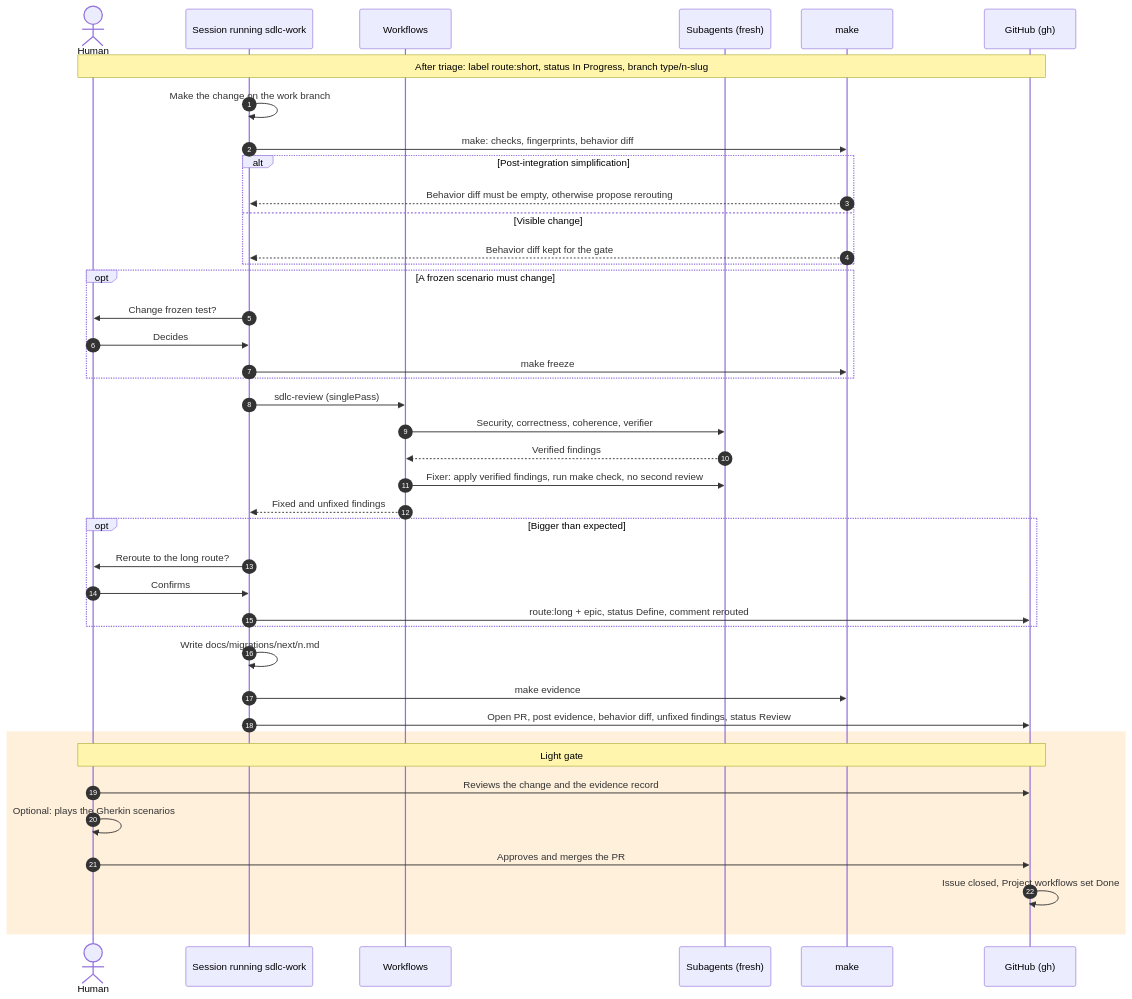
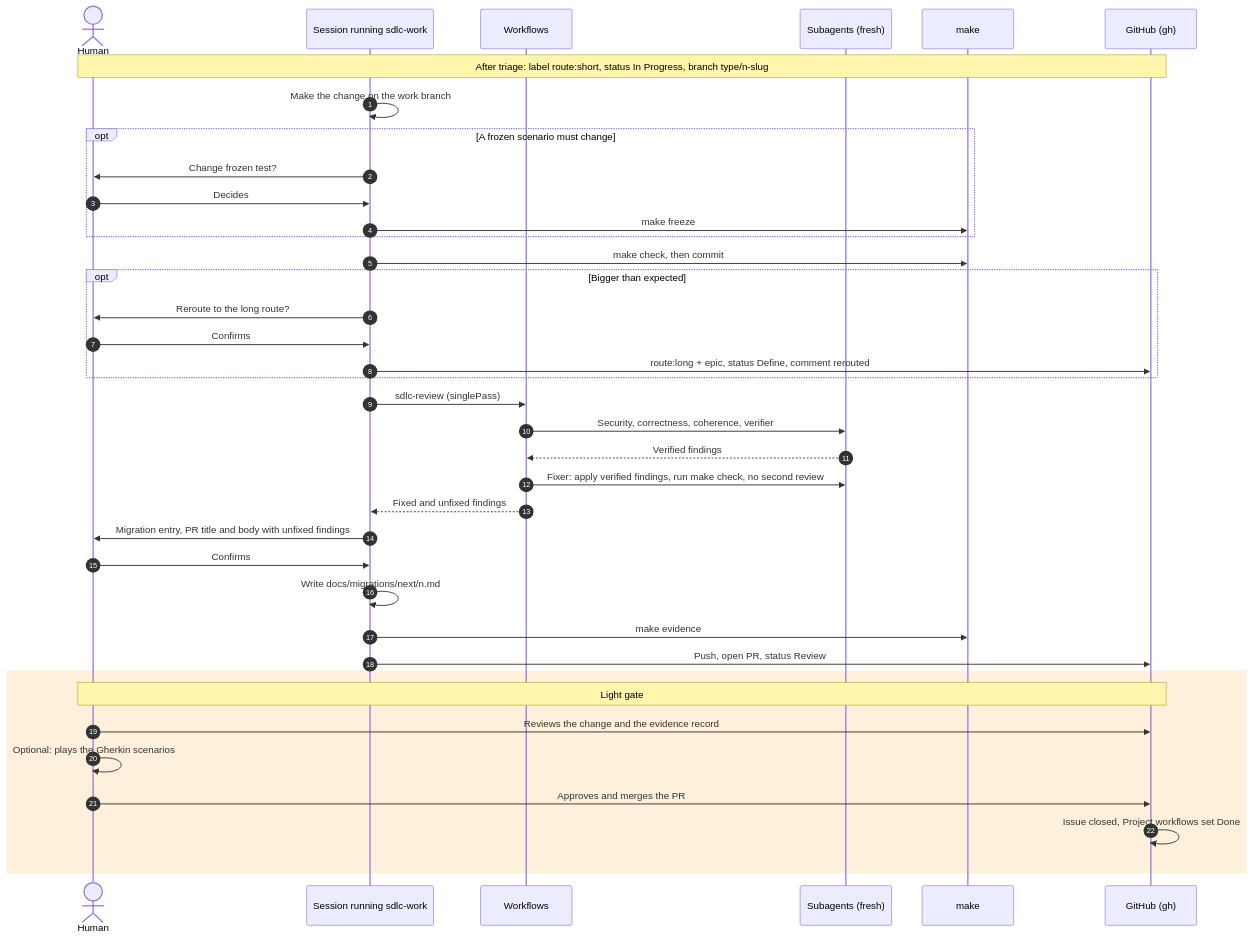
Before and after one commit to mathieubodin/scaleway-manager: the sixth of 6 diagrams in docs/development-process.md, drawn with Mermaid. The commit also changed other lines of this file and 11 other files, not shown here.

````diff
--- a/docs/development-process.md
+++ b/docs/development-process.md
@@ -452,45 +451,42 @@
 ```mermaid
 sequenceDiagram
     autonumber
     actor H as Human
     participant W as Session running sdlc-work
     participant F as Workflows
     participant A as Subagents (fresh)
     participant T as make
     participant G as GitHub (gh)
 
     Note over H,G: After triage: label route:short, status In Progress, branch type/n-slug
     W->>W: Make the change on the work branch
-    W->>T: make: checks, fingerprints, behavior diff
-    alt Post-integration simplification
-        T-->>W: Behavior diff must be empty, otherwise propose rerouting
-    else Visible change
-        T-->>W: Behavior diff kept for the gate
-    end
     opt A frozen scenario must change
         W->>H: Change frozen test?
         H->>W: Decides
         W->>T: make freeze
+    end
+    W->>T: make check, then commit
+    opt Bigger than expected
+        W->>H: Reroute to the long route?
+        H->>W: Confirms
+        W->>G: route:long + epic, status Define, comment rerouted
     end
     W->>F: sdlc-review (singlePass)
     F->>A: Security, correctness, coherence, verifier
     A-->>F: Verified findings
     F->>A: Fixer: apply verified findings, run make check, no second review
     F-->>W: Fixed and unfixed findings
-    opt Bigger than expected
-        W->>H: Reroute to the long route?
-        H->>W: Confirms
-        W->>G: route:long + epic, status Define, comment rerouted
-    end
+    W->>H: Migration entry, PR title and body with unfixed findings
+    H->>W: Confirms
     W->>W: Write docs/migrations/next/n.md
     W->>T: make evidence
-    W->>G: Open PR, post evidence, behavior diff, unfixed findings, status Review
+    W->>G: Push, open PR, status Review
 
     rect rgba(255, 180, 80, 0.2)
     Note over H,G: Light gate
     H->>G: Reviews the change and the evidence record
     H->>H: Optional: plays the Gherkin scenarios
     H->>G: Approves and merges the PR
     G->>G: Issue closed, Project workflows set Done
     end
 ```
````
